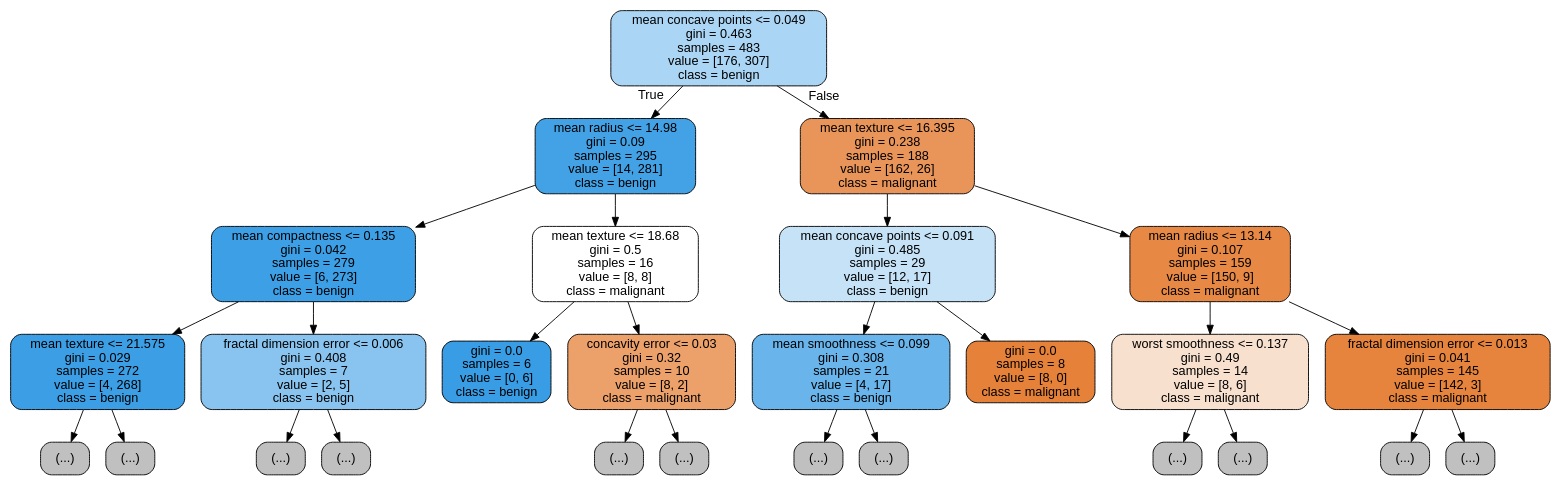
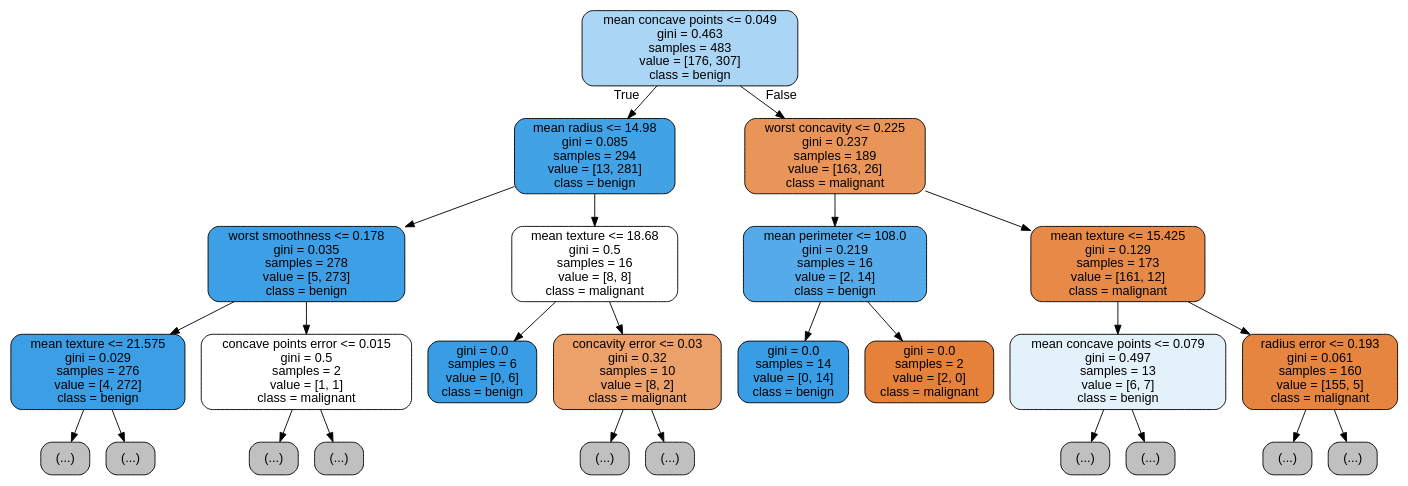
Before and after one commit to danieltobiastan/machinelearning5508: the diagram in assignment2/images/tree_clf_first.dot, drawn with Graphviz. The commit also changed 8 other files, not shown here.

```diff
--- a/assignment2/images/tree_clf_first.dot
+++ b/assignment2/images/tree_clf_first.dot
@@ -1,57 +1,53 @@
 digraph Tree {
 node [shape=box, style="filled, rounded", color="black", fontname="helvetica"] ;
 edge [fontname="helvetica"] ;
 0 [label="mean concave points <= 0.049\ngini = 0.463\nsamples = 483\nvalue = [176, 307]\nclass = benign", fillcolor="#abd5f4"] ;
-1 [label="mean radius <= 14.98\ngini = 0.09\nsamples = 295\nvalue = [14, 281]\nclass = benign", fillcolor="#43a2e6"] ;
+1 [label="mean radius <= 14.98\ngini = 0.085\nsamples = 294\nvalue = [13, 281]\nclass = benign", fillcolor="#42a2e6"] ;
 0 -> 1 [labeldistance=2.5, labelangle=45, headlabel="True"] ;
-2 [label="mean compactness <= 0.135\ngini = 0.042\nsamples = 279\nvalue = [6, 273]\nclass = benign", fillcolor="#3d9fe6"] ;
+2 [label="worst smoothness <= 0.178\ngini = 0.035\nsamples = 278\nvalue = [5, 273]\nclass = benign", fillcolor="#3d9fe5"] ;
 1 -> 2 ;
-3 [label="mean texture <= 21.575\ngini = 0.029\nsamples = 272\nvalue = [4, 268]\nclass = benign", fillcolor="#3c9ee5"] ;
+3 [label="mean texture <= 21.575\ngini = 0.029\nsamples = 276\nvalue = [4, 272]\nclass = benign", fillcolor="#3c9ee5"] ;
 2 -> 3 ;
 4 [label="(...)", fillcolor="#C0C0C0"] ;
 3 -> 4 ;
 5 [label="(...)", fillcolor="#C0C0C0"] ;
 3 -> 5 ;
-16 [label="fractal dimension error <= 0.006\ngini = 0.408\nsamples = 7\nvalue = [2, 5]\nclass = benign", fillcolor="#88c4ef"] ;
-2 -> 16 ;
-17 [label="(...)", fillcolor="#C0C0C0"] ;
-16 -> 17 ;
-18 [label="(...)", fillcolor="#C0C0C0"] ;
-16 -> 18 ;
-19 [label="mean texture <= 18.68\ngini = 0.5\nsamples = 16\nvalue = [8, 8]\nclass = malignant", fillcolor="#ffffff"] ;
-1 -> 19 ;
-20 [label="gini = 0.0\nsamples = 6\nvalue = [0, 6]\nclass = benign", fillcolor="#399de5"] ;
-19 -> 20 ;
-21 [label="concavity error <= 0.03\ngini = 0.32\nsamples = 10\nvalue = [8, 2]\nclass = malignant", fillcolor="#eca06a"] ;
-19 -> 21 ;
-22 [label="(...)", fillcolor="#C0C0C0"] ;
+18 [label="concave points error <= 0.015\ngini = 0.5\nsamples = 2\nvalue = [1, 1]\nclass = malignant", fillcolor="#ffffff"] ;
+2 -> 18 ;
+19 [label="(...)", fillcolor="#C0C0C0"] ;
+18 -> 19 ;
+20 [label="(...)", fillcolor="#C0C0C0"] ;
+18 -> 20 ;
+21 [label="mean texture <= 18.68\ngini = 0.5\nsamples = 16\nvalue = [8, 8]\nclass = malignant", fillcolor="#ffffff"] ;
+1 -> 21 ;
+22 [label="gini = 0.0\nsamples = 6\nvalue = [0, 6]\nclass = benign", fillcolor="#399de5"] ;
 21 -> 22 ;
-23 [label="(...)", fillcolor="#C0C0C0"] ;
+23 [label="concavity error <= 0.03\ngini = 0.32\nsamples = 10\nvalue = [8, 2]\nclass = malignant", fillcolor="#eca06a"] ;
 21 -> 23 ;
-24 [label="mean texture <= 16.395\ngini = 0.238\nsamples = 188\nvalue = [162, 26]\nclass = malignant", fillcolor="#e99559"] ;
-0 -> 24 [labeldistance=2.5, labelangle=-45, headlabel="False"] ;
-25 [label="mean concave points <= 0.091\ngini = 0.485\nsamples = 29\nvalue = [12, 17]\nclass = benign", fillcolor="#c5e2f7"] ;
-24 -> 25 ;
-26 [label="mean smoothness <= 0.099\ngini = 0.308\nsamples = 21\nvalue = [4, 17]\nclass = benign", fillcolor="#68b4eb"] ;
-25 -> 26 ;
-27 [label="(...)", fillcolor="#C0C0C0"] ;
+24 [label="(...)", fillcolor="#C0C0C0"] ;
+23 -> 24 ;
+25 [label="(...)", fillcolor="#C0C0C0"] ;
+23 -> 25 ;
+26 [label="worst concavity <= 0.225\ngini = 0.237\nsamples = 189\nvalue = [163, 26]\nclass = malignant", fillcolor="#e99559"] ;
+0 -> 26 [labeldistance=2.5, labelangle=-45, headlabel="False"] ;
+27 [label="mean perimeter <= 108.0\ngini = 0.219\nsamples = 16\nvalue = [2, 14]\nclass = benign", fillcolor="#55abe9"] ;
 26 -> 27 ;
-30 [label="(...)", fillcolor="#C0C0C0"] ;
+28 [label="gini = 0.0\nsamples = 14\nvalue = [0, 14]\nclass = benign", fillcolor="#399de5"] ;
+27 -> 28 ;
+29 [label="gini = 0.0\nsamples = 2\nvalue = [2, 0]\nclass = malignant", fillcolor="#e58139"] ;
+27 -> 29 ;
+30 [label="mean texture <= 15.425\ngini = 0.129\nsamples = 173\nvalue = [161, 12]\nclass = malignant", fillcolor="#e78a48"] ;
 26 -> 30 ;
-33 [label="gini = 0.0\nsamples = 8\nvalue = [8, 0]\nclass = malignant", fillcolor="#e58139"] ;
-25 -> 33 ;
-34 [label="mean radius <= 13.14\ngini = 0.107\nsamples = 159\nvalue = [150, 9]\nclass = malignant", fillcolor="#e78945"] ;
-24 -> 34 ;
-35 [label="worst smoothness <= 0.137\ngini = 0.49\nsamples = 14\nvalue = [8, 6]\nclass = malignant", fillcolor="#f8e0ce"] ;
+31 [label="mean concave points <= 0.079\ngini = 0.497\nsamples = 13\nvalue = [6, 7]\nclass = benign", fillcolor="#e3f1fb"] ;
+30 -> 31 ;
+32 [label="(...)", fillcolor="#C0C0C0"] ;
+31 -> 32 ;
+33 [label="(...)", fillcolor="#C0C0C0"] ;
+31 -> 33 ;
+34 [label="radius error <= 0.193\ngini = 0.061\nsamples = 160\nvalue = [155, 5]\nclass = malignant", fillcolor="#e6853f"] ;
+30 -> 34 ;
+35 [label="(...)", fillcolor="#C0C0C0"] ;
 34 -> 35 ;
 36 [label="(...)", fillcolor="#C0C0C0"] ;
-35 -> 36 ;
-37 [label="(...)", fillcolor="#C0C0C0"] ;
-35 -> 37 ;
-38 [label="fractal dimension error <= 0.013\ngini = 0.041\nsamples = 145\nvalue = [142, 3]\nclass = malignant", fillcolor="#e6843d"] ;
-34 -> 38 ;
-39 [label="(...)", fillcolor="#C0C0C0"] ;
-38 -> 39 ;
-44 [label="(...)", fillcolor="#C0C0C0"] ;
-38 -> 44 ;
+34 -> 36 ;
 }
```
